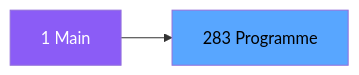
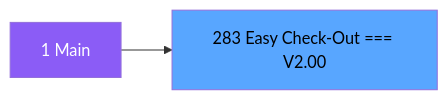
Before and after one commit to thonyAGP/magic-migration: the second of 3 diagrams in .openspec/specs/ADH-IDE-283.md, drawn with Mermaid. The commit also changed other lines of this file and 323 other files, not shown here.

````diff
--- a/.openspec/specs/ADH-IDE-283.md
+++ b/.openspec/specs/ADH-IDE-283.md
@@ -123,8 +136,8 @@
 ```mermaid
 graph LR
     M[1 Main]
-    T[283 Programme]
+    T[283 Easy Check-Out === V2.00]
     M --> T
     style M fill:#8b5cf6,color:#fff
     style T fill:#58a6ff,color:#000
 ```
````
